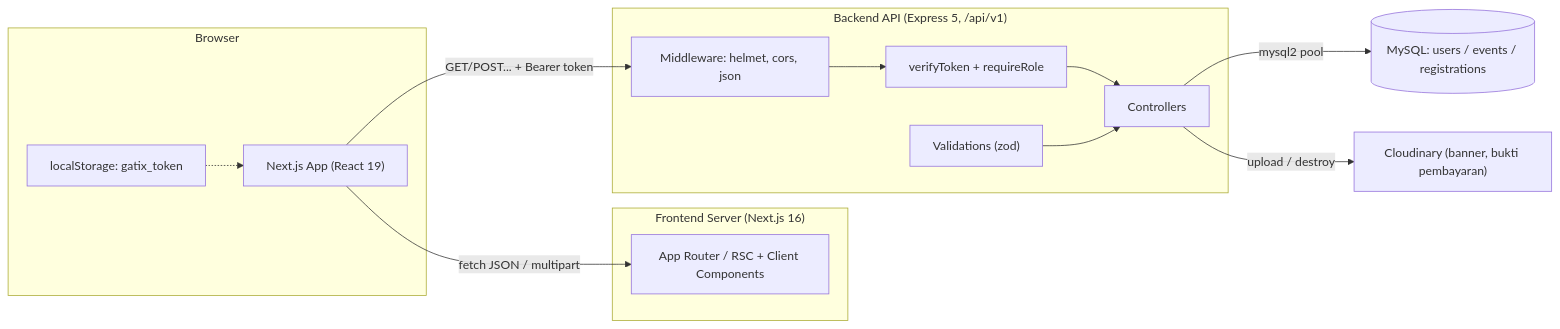
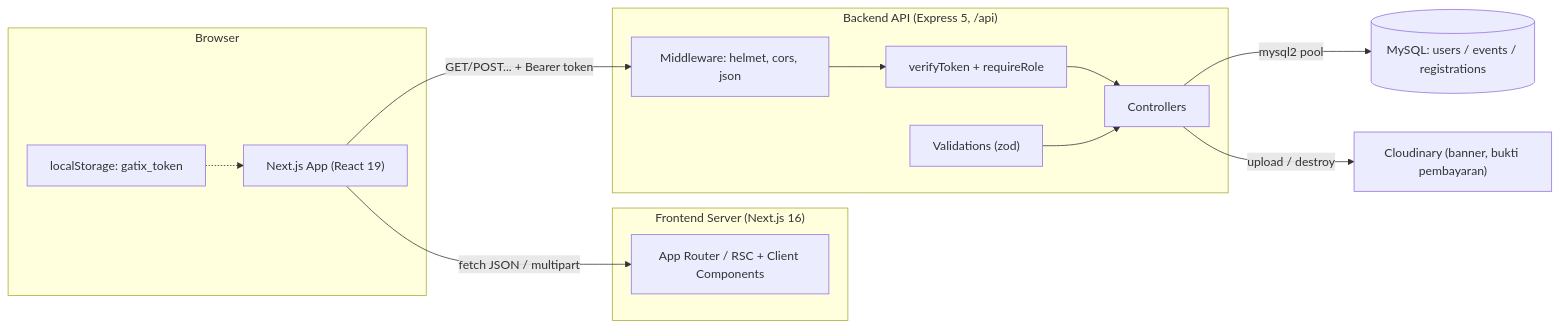
One commit to argottzz/projectGatix changed the first of 2 diagrams in ARCHITECTURE.md. Above: the diagram before and after it, drawn with Mermaid. The commit also changed other lines of this file and 3 other files, not shown here.

Commit message:
fix(frontend): samakan base URL API dengan prefix backend /api

````diff
--- a/ARCHITECTURE.md
+++ b/ARCHITECTURE.md
@@ -150,29 +150,29 @@
 ```mermaid
 flowchart LR
     subgraph Client["Browser"]
         UI["Next.js App (React 19)"]
         LS["localStorage: gatix_token"]
     end
 
     subgraph FE["Frontend Server (Next.js 16)"]
         RSC["App Router / RSC + Client Components"]
     end
 
-    subgraph BE["Backend API (Express 5, /api/v1)"]
+    subgraph BE["Backend API (Express 5, /api)"]
         MW["Middleware: helmet, cors, json"]
         AUTH["verifyToken + requireRole"]
         CTRL["Controllers"]
         VAL["Validations (zod)"]
     end
 
     DB[("MySQL: users / events / registrations")]
     CLD["Cloudinary (banner, bukti pembayaran)"]
 
     UI -->|fetch JSON / multipart| RSC
     UI -->|"GET/POST... + Bearer token"| MW
     LS -.-> UI
     MW --> AUTH --> CTRL
     VAL --> CTRL
     CTRL -->|mysql2 pool| DB
     CTRL -->|upload / destroy| CLD
 ```
````
